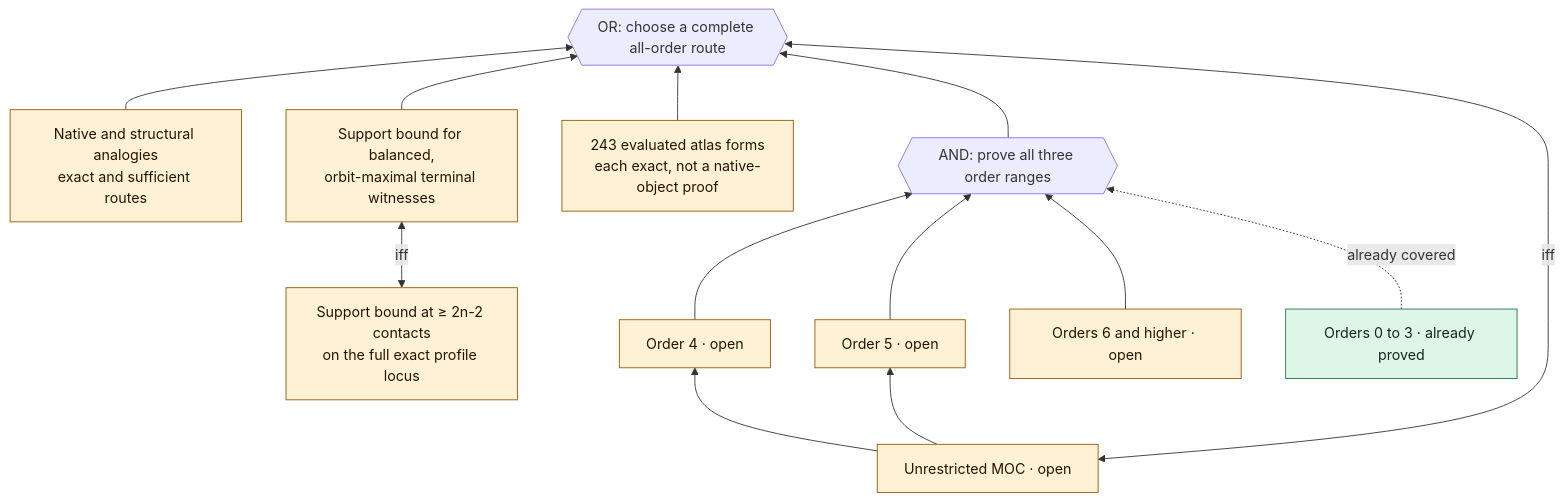
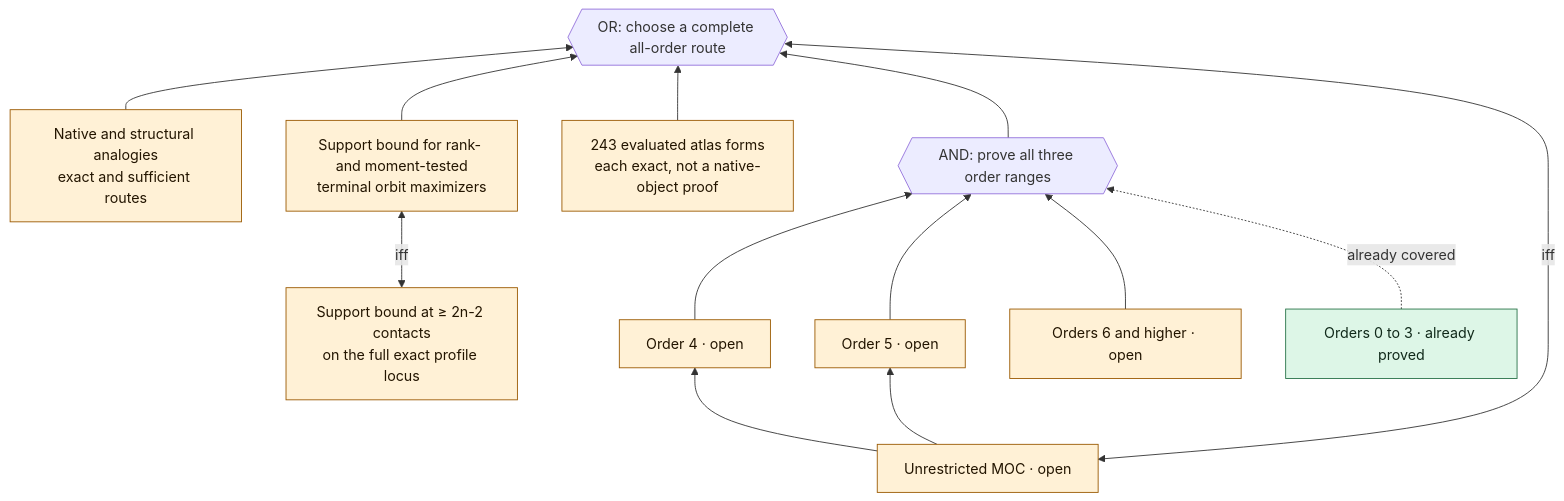
The first of 4 diagrams in Lean/ProofTree.md (ascendnoosphere/MOC), drawn with Mermaid before and after one commit. The commit also changed other lines of this file and 16 other files, not shown here.

Commit message:
MOC: impose rank and fourth-moment tests at terminal maxima

````diff
--- a/Lean/ProofTree.md
+++ b/Lean/ProofTree.md
@@ -12,28 +12,28 @@
 ```mermaid
 flowchart BT
     ALL["Unrestricted MOC · open"]:::open
     ROUTES{{"OR: choose a complete all-order route"}}
     NATIVE["Native and structural analogies<br/>exact and sufficient routes"]:::open
-    SAT["Support bound for balanced,<br/>orbit-maximal terminal witnesses"]:::open
+    SAT["Support bound for rank- and moment-tested<br/>terminal orbit maximizers"]:::open
     SIMPLE["Support bound at ≥ 2n-2 contacts<br/>on the full exact profile locus"]:::open
     ATLAS["243 evaluated atlas forms<br/>each exact, not a native-object proof"]:::open
     SPLIT{{"AND: prove all three order ranges"}}
     FOUR["Order 4 · open"]:::open
     FIVE["Order 5 · open"]:::open
     HIGH["Orders 6 and higher · open"]:::open
     LOW["Orders 0 to 3 · already proved"]:::checked
     NATIVE --> ROUTES
     SIMPLE <-->|iff| SAT
     SAT --> ROUTES
     ATLAS --> ROUTES
     FOUR --> SPLIT
     FIVE --> SPLIT
     HIGH --> SPLIT
     LOW -. already covered .-> SPLIT
     SPLIT --> ROUTES
     ROUTES <-->|iff| ALL
     ALL --> FOUR
     ALL --> FIVE
     classDef open fill:#fff1d6,stroke:#9a5900,color:#231500
     classDef checked fill:#ddf6e7,stroke:#287348,color:#10291a
 ```
````
